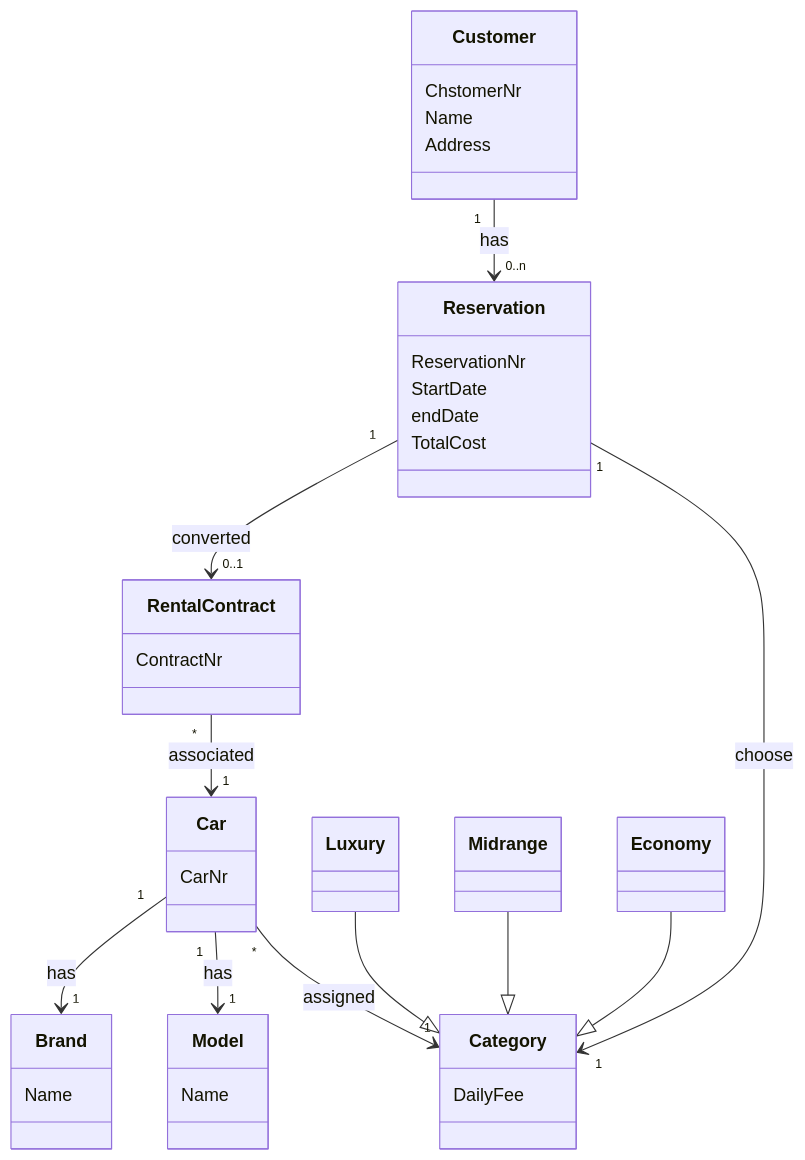
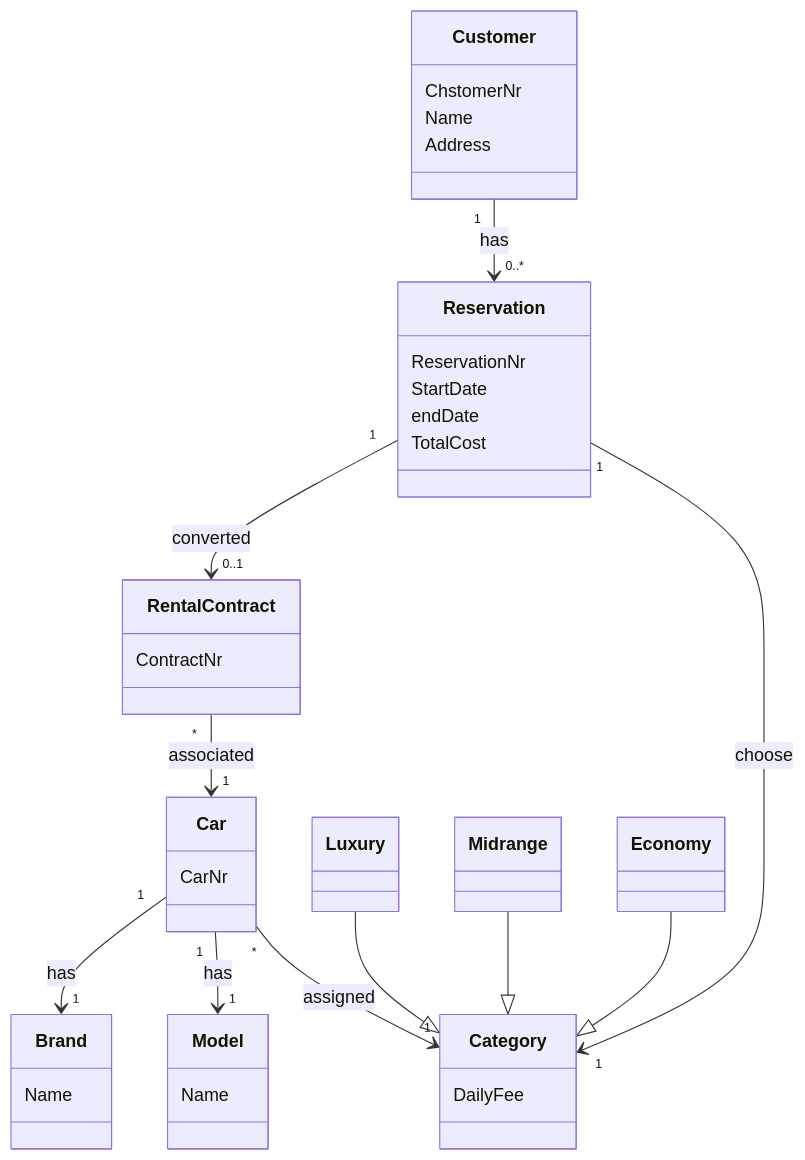
Before and after one commit to tsolenthaler/zbw-sad-carrent2124: the fourth of 4 diagrams in README.md, drawn with Mermaid. The commit also changed other lines of this file, not shown here.

````diff
--- a/README.md
+++ b/README.md
@@ -86,52 +86,52 @@
 ```mermaid
 classDiagram
 class Customer{
     ChstomerNr
     Name
     Address
 }
 
 class Reservation{
     ReservationNr
     StartDate
     endDate
     TotalCost
 }
 
 class RentalContract{
     ContractNr
 }
 
 class Car{
     CarNr
 }
 
 class Model{
     Name
 }
 
 class Brand{
     Name
 }
 
 class Category {
     DailyFee
 }
 
 class Luxury
 class Midrange
 class Economy
 
-Customer "1" --> "0..n" Reservation : has
+Customer "1" --> "0..*" Reservation : has
 Reservation "1" --> "0..1" RentalContract : converted
 Reservation "1" --> "1" Category : choose
 RentalContract "*" --> "1" Car : associated
 Car "1" --> "1" Brand : has
 Car "1" --> "1" Model : has
 Car "*" --> "1" Category : assigned
 Luxury --|> Category
 Midrange --|> Category
 Economy --|> Category
 
 
 ```
````
